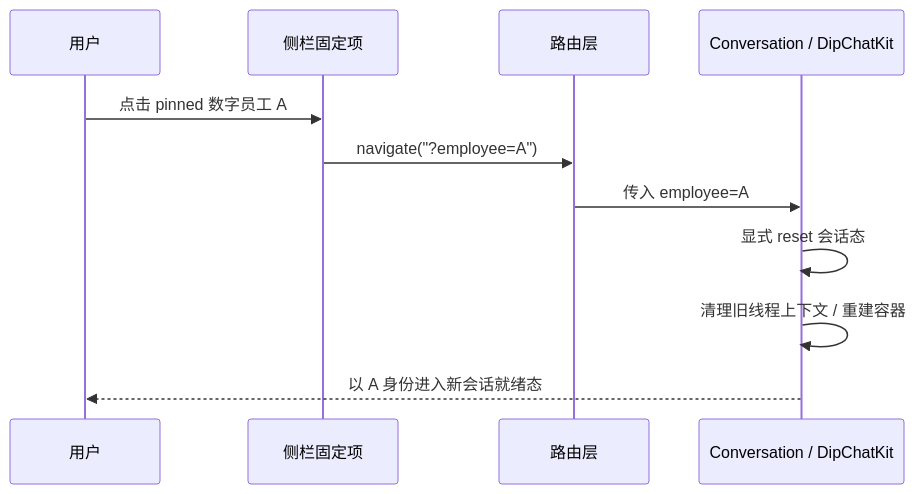
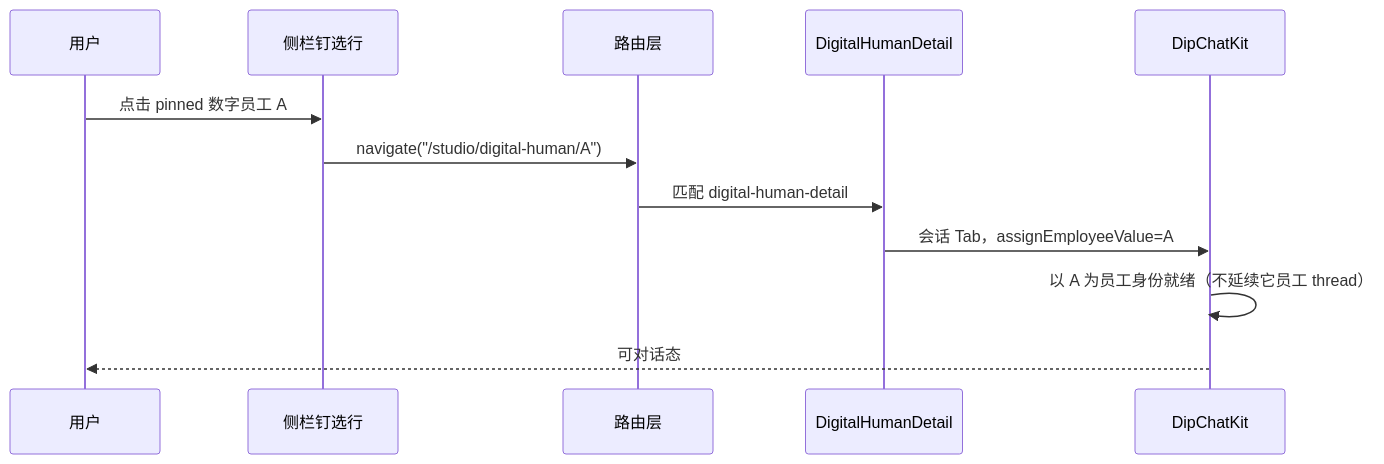
Before and after one commit to yannan/kweaver-dip: the second of 3 diagrams in design/feature/studio/pinned-digital-humans-sidebar.md, drawn with Mermaid. The commit also changed other lines of this file and 28 other files, not shown here.

First line of the commit message:
feat(dip): pinned digital humans sidebar and studio chart DB env

````diff
--- a/design/feature/studio/pinned-digital-humans-sidebar.md
+++ b/design/feature/studio/pinned-digital-humans-sidebar.md
@@ -228,14 +229,15 @@
 ```mermaid
 sequenceDiagram
     participant User as 用户
-    participant Sider as 侧栏固定项
+    participant Sider as 侧栏钉选行
     participant Router as 路由层
-    participant Chat as Conversation / DipChatKit
+    participant Detail as DigitalHumanDetail
+    participant Chat as DipChatKit
 
     User->>Sider: 点击 pinned 数字员工 A
-    Sider->>Router: navigate("?employee=A")
-    Router->>Chat: 传入 employee=A
-    Chat->>Chat: 显式 reset 会话态
-    Chat->>Chat: 清理旧线程上下文 / 重建容器
-    Chat-->>User: 以 A 身份进入新会话就绪态
+    Sider->>Router: navigate("/studio/digital-human/A")
+    Router->>Detail: 匹配 digital-human-detail
+    Detail->>Chat: 会话 Tab，assignEmployeeValue=A
+    Chat->>Chat: 以 A 为员工身份就绪（不延续它员工 thread）
+    Chat-->>User: 可对话态
 ```
````
